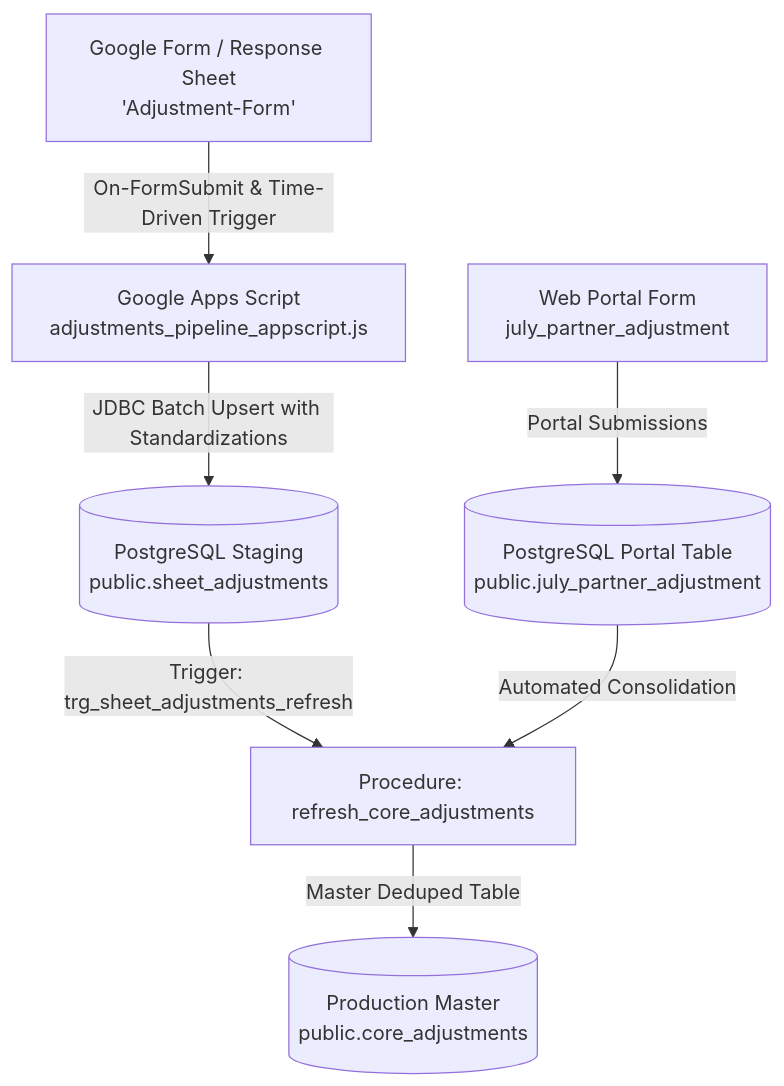
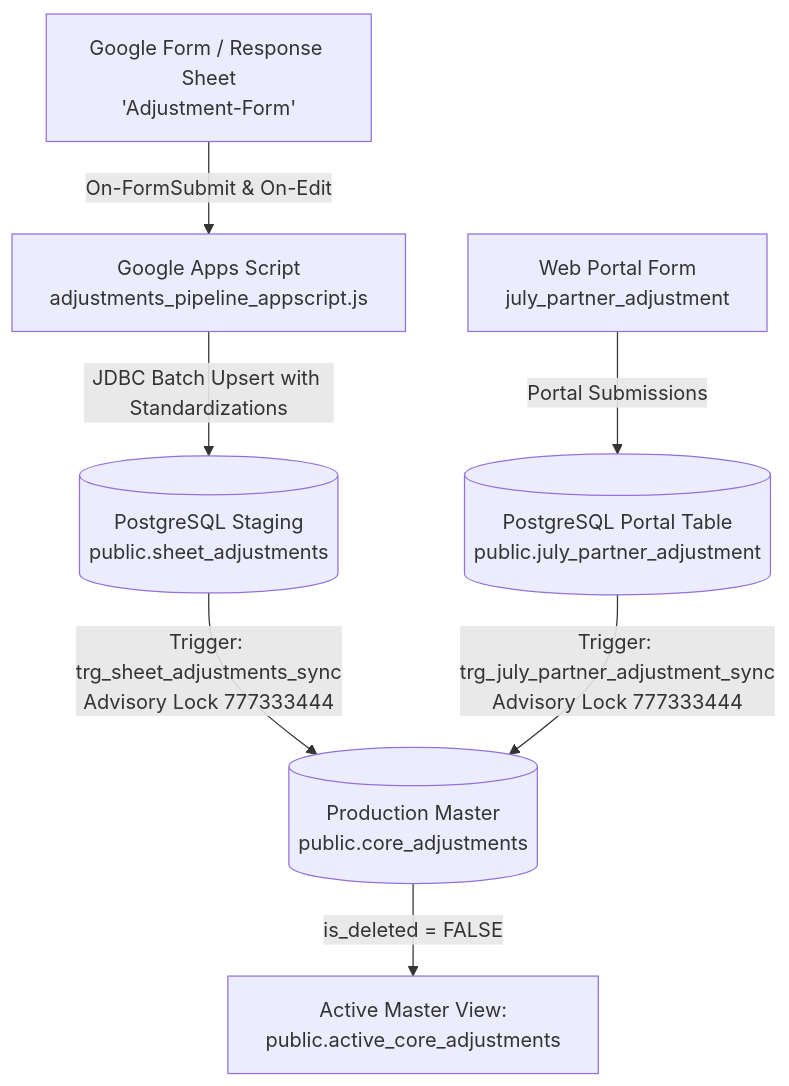
One commit to aayush-letzryd/backend changed the diagram in Adjustments Google Sheet/README.md. Above: the diagram before and after it, drawn with Mermaid. The commit also changed other lines of this file and 9 other files, not shown here.

Commit message:
fix: resolveed issues for partner onboarding, accidents, and adjustments pipelines

````diff
--- a/Adjustments Google Sheet/README.md
+++ b/Adjustments Google Sheet/README.md
@@ -9,9 +9,9 @@
 ```mermaid
 graph TD
-    A[Google Form / Response Sheet\n'Adjustment-Form'] -->|On-FormSubmit & Time-Driven Trigger| B[Google Apps Script\nadjustments_pipeline_appscript.js]
+    A[Google Form / Response Sheet\n'Adjustment-Form'] -->|On-FormSubmit & On-Edit| B[Google Apps Script\nadjustments_pipeline_appscript.js]
     B -->|JDBC Batch Upsert with Standardizations| C[(PostgreSQL Staging\npublic.sheet_adjustments)]
     D[Web Portal Form\njuly_partner_adjustment] -->|Portal Submissions| E[(PostgreSQL Portal Table\npublic.july_partner_adjustment)]
-    C -->|Trigger: trg_sheet_adjustments_refresh| F[Procedure: refresh_core_adjustments]
-    E -->|Automated Consolidation| F
-    F -->|Master Deduped Table| G[(Production Master\npublic.core_adjustments)]
+    C -->|Trigger: trg_sheet_adjustments_sync\nAdvisory Lock 777333444| G[(Production Master\npublic.core_adjustments)]
+    E -->|Trigger: trg_july_partner_adjustment_sync\nAdvisory Lock 777333444| G
+    G -->|is_deleted = FALSE| H[Active Master View:\npublic.active_core_adjustments]
 ```
````
